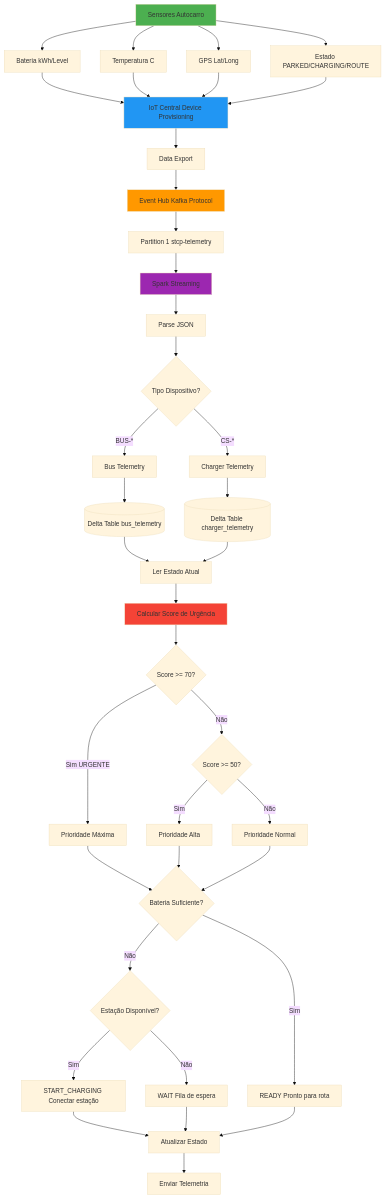
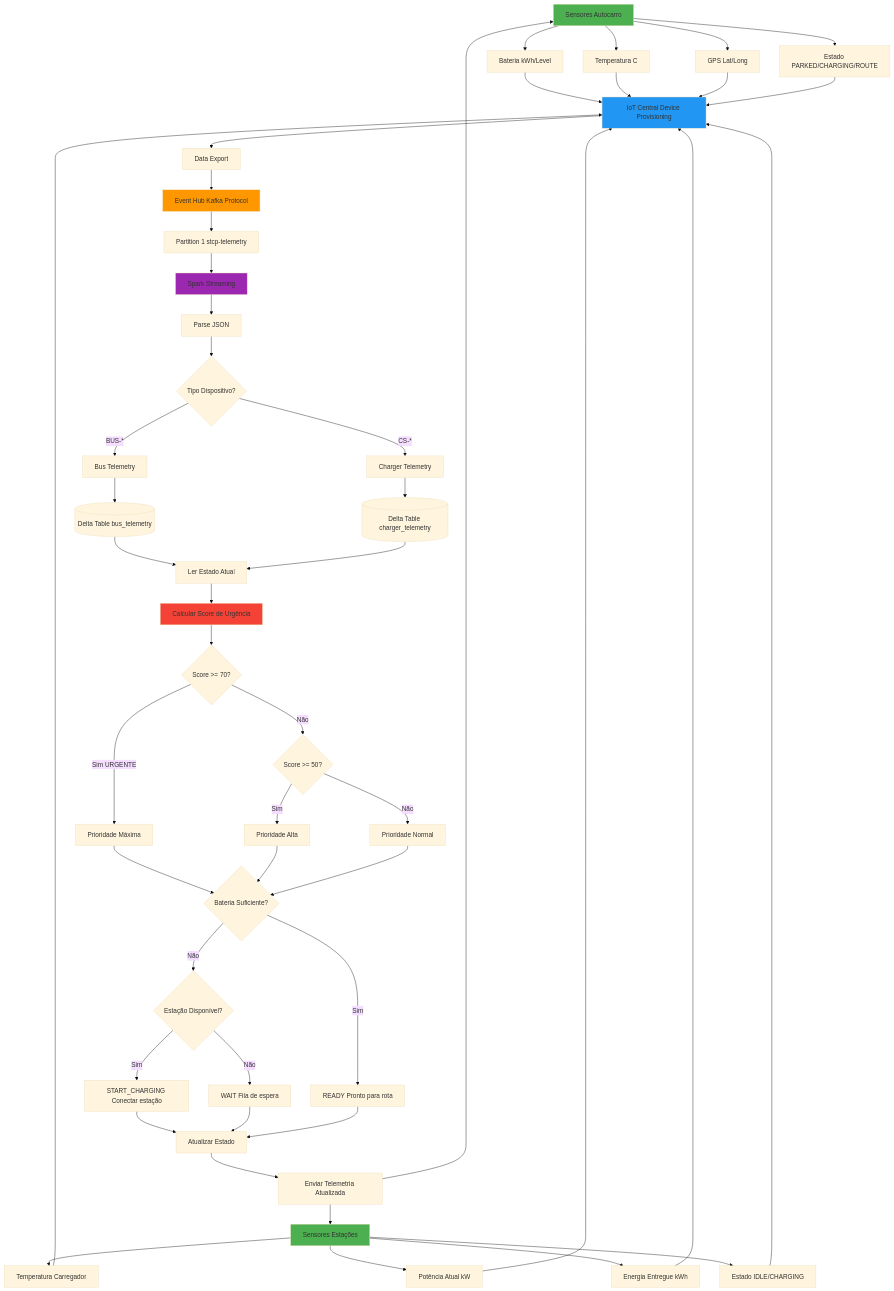
Before and after one commit to Highleaf2/stcp-bus-charging-simulation: the diagram in WORKFLOW_DIAGRAMS.md, drawn with Mermaid (base theme). The commit also changed other lines of this file, not shown here.

````diff
--- a/WORKFLOW_DIAGRAMS.md
+++ b/WORKFLOW_DIAGRAMS.md
@@ -10,56 +4,67 @@
 ```mermaid
 graph TB
     A[Sensores Autocarro] --> A1[Bateria kWh/Level]
     A --> A2[Temperatura C]
     A --> A3[GPS Lat/Long]
     A --> A4[Estado PARKED/CHARGING/ROUTE]
     
+    CS[Sensores Estações] --> CS1[Temperatura Carregador]
+    CS --> CS2[Potência Atual kW]
+    CS --> CS3[Energia Entregue kWh]
+    CS --> CS4[Estado IDLE/CHARGING]
+    
     A1 --> B[IoT Central Device Provisioning]
     A2 --> B
     A3 --> B
     A4 --> B
+    CS1 --> B
+    CS2 --> B
+    CS3 --> B
+    CS4 --> B
     
     B --> C[Data Export]
     C --> D[Event Hub Kafka Protocol]
     D --> D1[Partition 1 stcp-telemetry]
     
     D1 --> E[Spark Streaming]
     E --> F[Parse JSON]
     F --> G{Tipo Dispositivo?}
     G -->|BUS-*| H[Bus Telemetry]
     G -->|CS-*| I[Charger Telemetry]
     H --> J[(Delta Table bus_telemetry)]
     I --> K[(Delta Table charger_telemetry)]
     
     J --> M[Ler Estado Atual]
     K --> M
     M --> N[Calcular Score de Urgência]
     
     N --> O{Score >= 70?}
     O -->|Sim URGENTE| P[Prioridade Máxima]
     O -->|Não| Q{Score >= 50?}
     Q -->|Sim| R[Prioridade Alta]
     Q -->|Não| S[Prioridade Normal]
     
     P --> T{Bateria Suficiente?}
     R --> T
     S --> T
     
     T -->|Não| U{Estação Disponível?}
     T -->|Sim| V[READY Pronto para rota]
     
     U -->|Sim| W[START_CHARGING Conectar estação]
     U -->|Não| X[WAIT Fila de espera]
     
     W --> Y[Atualizar Estado]
     X --> Y
     V --> Y
-    Y --> Z[Enviar Telemetria]
-
+    Y --> Z[Enviar Telemetria Atualizada]
+    Z --> A
+    Z --> CS
     
     style A fill:#4CAF50
+    style CS fill:#4CAF50
     style B fill:#2196F3
     style D fill:#FF9800
     style E fill:#9C27B0
     style N fill:#F44336
 ```
````
